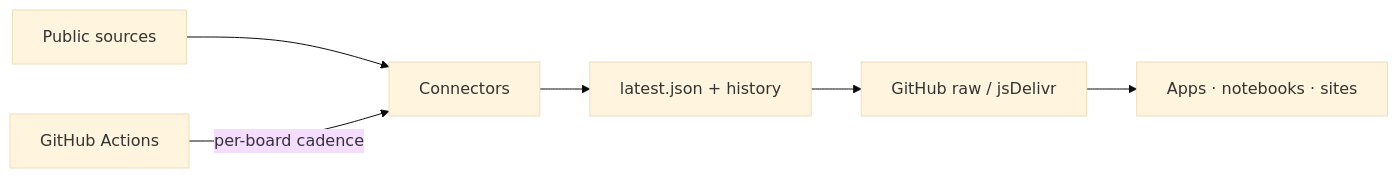
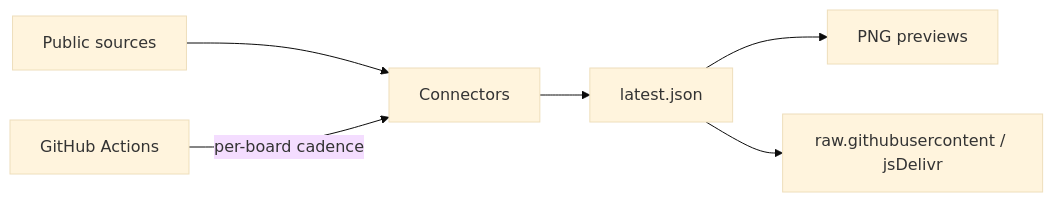
The diagram in README.md (chainepic/EveryLeaderboard), drawn with Mermaid (base theme) before and after one commit. The commit also changed other lines of this file and 8 other files, not shown here.

````diff
--- a/README.md
+++ b/README.md
@@ -179,8 +122,8 @@
 ```mermaid
 flowchart LR
   A[Public sources] --> B[Connectors]
-  B --> C[latest.json + history]
-  C --> D[GitHub raw / jsDelivr]
-  D --> E[Apps · notebooks · sites]
+  B --> C[latest.json]
+  C --> D[PNG previews]
+  C --> E[raw.githubusercontent / jsDelivr]
   F[GitHub Actions] -->|per-board cadence| B
 ```
````
